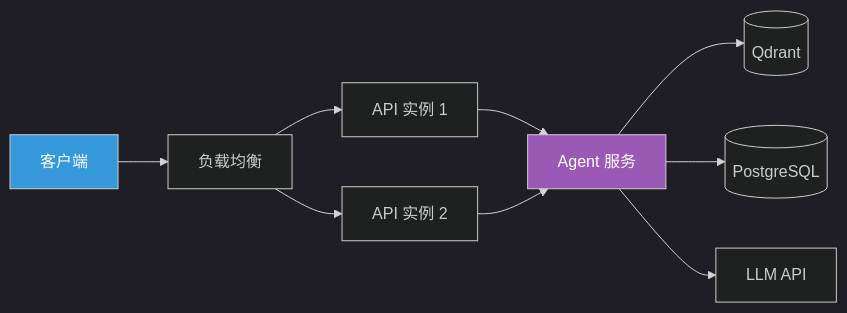
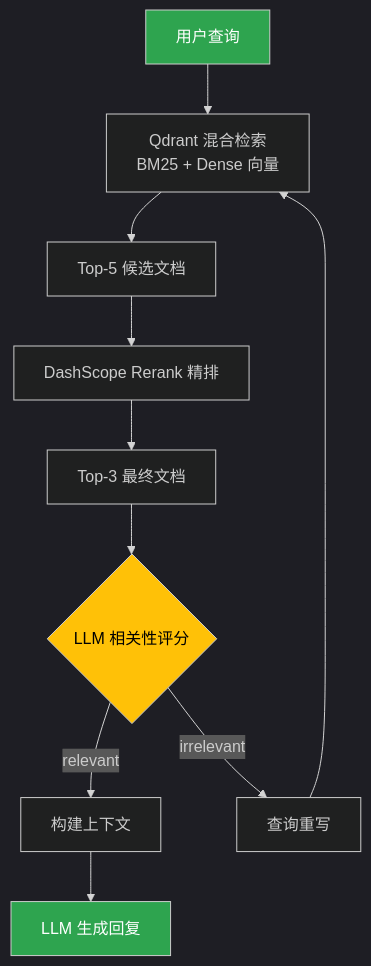
Before and after one commit to lwfeng-ch/rag_graph: the tenth of 14 diagrams in ARCHITECTURE.md, drawn with Mermaid. The commit also changed other lines of this file and 54 other files, not shown here.

````diff
--- a/ARCHITECTURE.md
+++ b/ARCHITECTURE.md
@@ -517,17 +523,17 @@
 ```mermaid
 %%{init: {'theme': 'dark'}}%%
-flowchart LR
-    CLIENT[客户端] --> LB[负载均衡]
-    LB --> API1[API 实例 1]
-    LB --> API2[API 实例 2]
+flowchart TD
+    QUERY[用户查询] --> HYBRID[Qdrant 混合检索<br/>BM25 + Dense 向量]
+    HYBRID --> TOP5[Top-5 候选文档]
+    TOP5 --> RERANK[DashScope Rerank 精排]
+    RERANK --> TOP3[Top-3 最终文档]
+    TOP3 --> GRADE{LLM 相关性评分}
+    GRADE -->|relevant| CONTEXT[构建上下文]
+    GRADE -->|irrelevant| REWRITE[查询重写]
+    REWRITE --> HYBRID
+    CONTEXT --> LLM[LLM 生成回复]
     
-    API1 --> AGENT[Agent 服务]
-    API2 --> AGENT
-    
-    AGENT --> QDRANT[(Qdrant)]
-    AGENT --> PG[(PostgreSQL)]
-    AGENT --> LLM[LLM API]
-    
-    style CLIENT fill:#3498db,color:#fff
-    style AGENT fill:#9b59b6,color:#fff
+    style QUERY fill:#2ea44f,color:#ffffff
+    style LLM fill:#2ea44f,color:#ffffff
+    style GRADE fill:#ffc107,color:#000000
 ```
````
